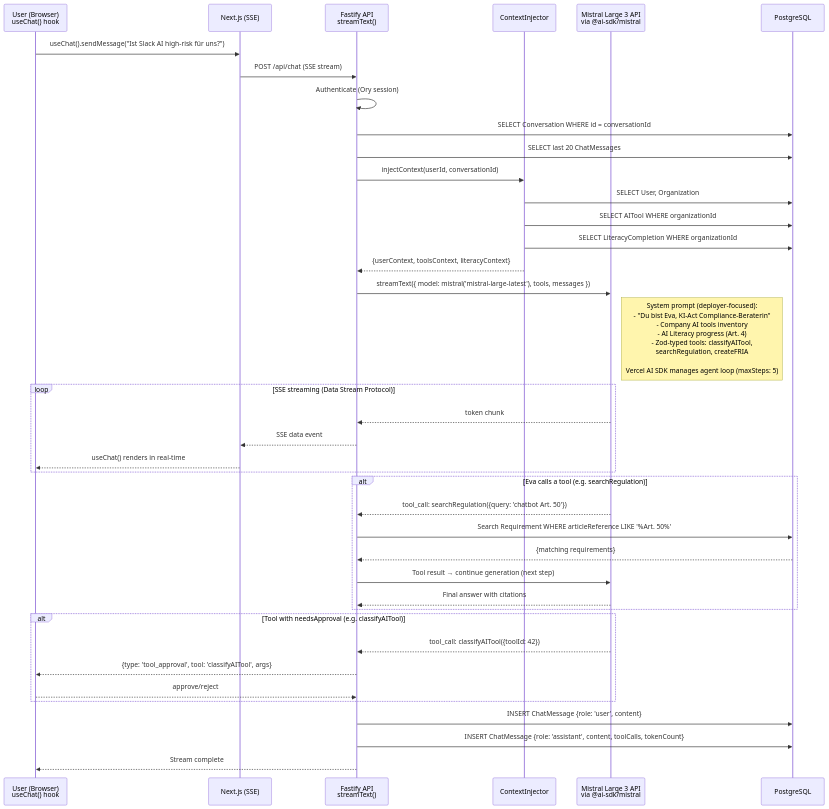
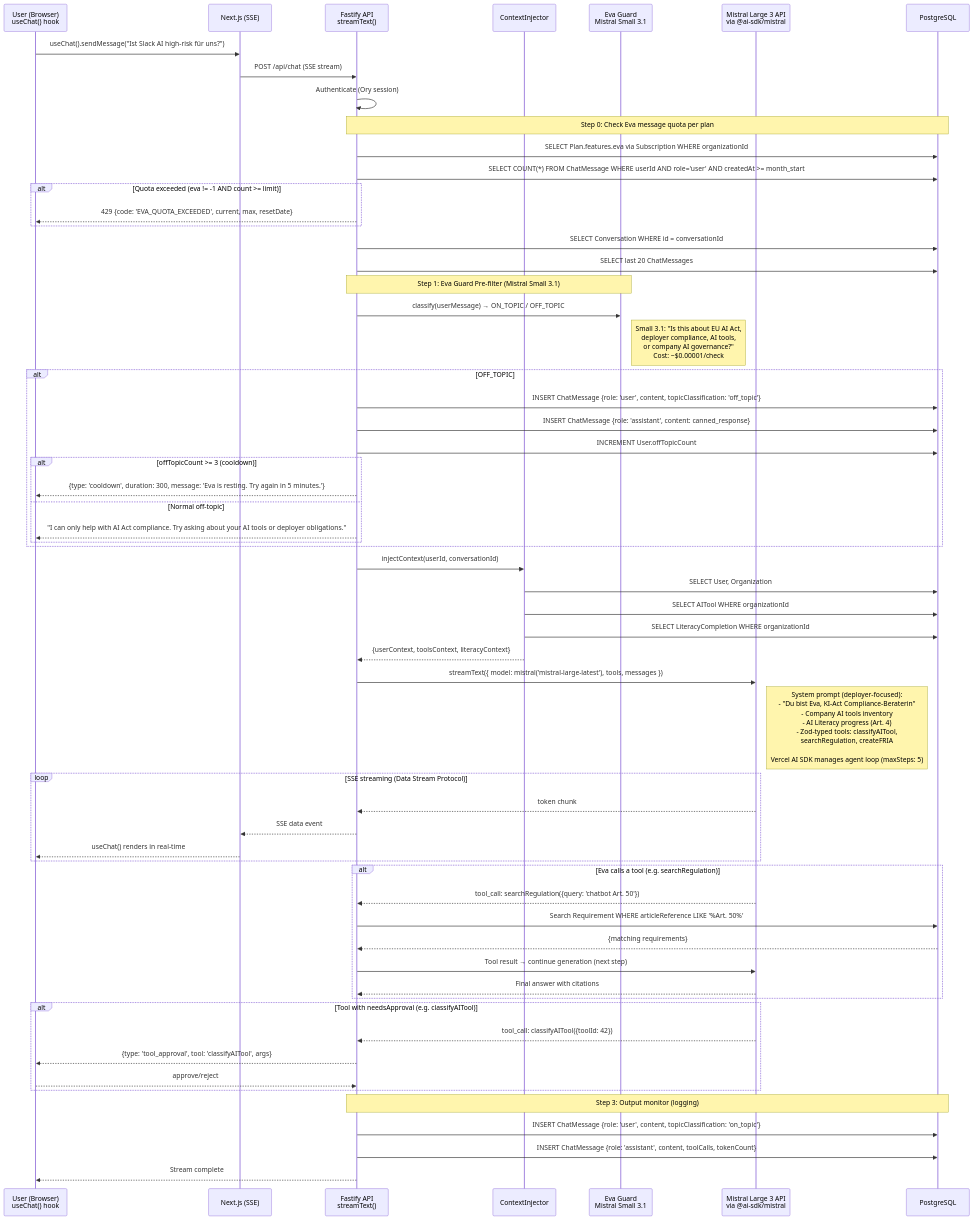
The fourth of 18 diagrams in docs/DATA-FLOWS.md (complior/complior), drawn with Mermaid before and after one commit. The commit also changed other lines of this file and 8 other files, not shown here.

First line of the commit message:
docs+code: Sprint 3 Additions — Pricing v3.0, Lead Gen, Eva Guard, Provider-Lite, API catalog

````diff
--- a/docs/DATA-FLOWS.md
+++ b/docs/DATA-FLOWS.md
@@ -195,49 +199,72 @@
 ```mermaid
 sequenceDiagram
     participant User as User (Browser)<br/>useChat() hook
     participant Next as Next.js (SSE)
     participant API as Fastify API<br/>streamText()
     participant Context as ContextInjector
+    participant Guard as Eva Guard<br/>Mistral Small 3.1
     participant LLM as Mistral Large 3 API<br/>via @ai-sdk/mistral
     participant DB as PostgreSQL
 
     User->>Next: useChat().sendMessage("Ist Slack AI high-risk für uns?")
     Next->>API: POST /api/chat (SSE stream)
     API->>API: Authenticate (Ory session)
 
+    Note over API,DB: Step 0: Check Eva message quota per plan
+    API->>DB: SELECT Plan.features.eva via Subscription WHERE organizationId
+    API->>DB: SELECT COUNT(*) FROM ChatMessage WHERE userId AND role='user' AND createdAt >= month_start
+    alt Quota exceeded (eva != -1 AND count >= limit)
+        API-->>User: 429 {code: 'EVA_QUOTA_EXCEEDED', current, max, resetDate}
+    end
+
     API->>DB: SELECT Conversation WHERE id = conversationId
     API->>DB: SELECT last 20 ChatMessages
+
+    Note over API,Guard: Step 1: Eva Guard Pre-filter (Mistral Small 3.1)
+    API->>Guard: classify(userMessage) → ON_TOPIC / OFF_TOPIC
+    Note right of Guard: Small 3.1: "Is this about EU AI Act,<br/>deployer compliance, AI tools,<br/>or company AI governance?"<br/>Cost: ~$0.00001/check
+    alt OFF_TOPIC
+        API->>DB: INSERT ChatMessage {role: 'user', content, topicClassification: 'off_topic'}
+        API->>DB: INSERT ChatMessage {role: 'assistant', content: canned_response}
+        API->>DB: INCREMENT User.offTopicCount
+        alt offTopicCount >= 3 (cooldown)
+            API-->>User: {type: 'cooldown', duration: 300, message: 'Eva is resting. Try again in 5 minutes.'}
+        else Normal off-topic
+            API-->>User: "I can only help with AI Act compliance. Try asking about your AI tools or deployer obligations."
+        end
+    end
 
     API->>Context: injectContext(userId, conversationId)
     Context->>DB: SELECT User, Organization
     Context->>DB: SELECT AITool WHERE organizationId
     Context->>DB: SELECT LiteracyCompletion WHERE organizationId
     Context-->>API: {userContext, toolsContext, literacyContext}
 
     API->>LLM: streamText({ model: mistral('mistral-large-latest'), tools, messages })
     Note right of LLM: System prompt (deployer-focused):<br/>- "Du bist Eva, KI-Act Compliance-Beraterin"<br/>- Company AI tools inventory<br/>- AI Literacy progress (Art. 4)<br/>- Zod-typed tools: classifyAITool,<br/>  searchRegulation, createFRIA<br/><br/>Vercel AI SDK manages agent loop (maxSteps: 5)
 
     loop SSE streaming (Data Stream Protocol)
         LLM-->>API: token chunk
         API-->>Next: SSE data event
         Next-->>User: useChat() renders in real-time
     end
 
     alt Eva calls a tool (e.g. searchRegulation)
         LLM-->>API: tool_call: searchRegulation({query: 'chatbot Art. 50'})
         API->>DB: Search Requirement WHERE articleReference LIKE '%Art. 50%'
         DB-->>API: {matching requirements}
         API->>LLM: Tool result → continue generation (next step)
         LLM-->>API: Final answer with citations
     end
 
     alt Tool with needsApproval (e.g. classifyAITool)
         LLM-->>API: tool_call: classifyAITool({toolId: 42})
         API-->>User: {type: 'tool_approval', tool: 'classifyAITool', args}
         User-->>API: approve/reject
     end
 
-    API->>DB: INSERT ChatMessage {role: 'user', content}
+    Note over API,DB: Step 3: Output monitor (logging)
+    API->>DB: INSERT ChatMessage {role: 'user', content, topicClassification: 'on_topic'}
     API->>DB: INSERT ChatMessage {role: 'assistant', content, toolCalls, tokenCount}
     API-->>User: Stream complete
 ```
````
